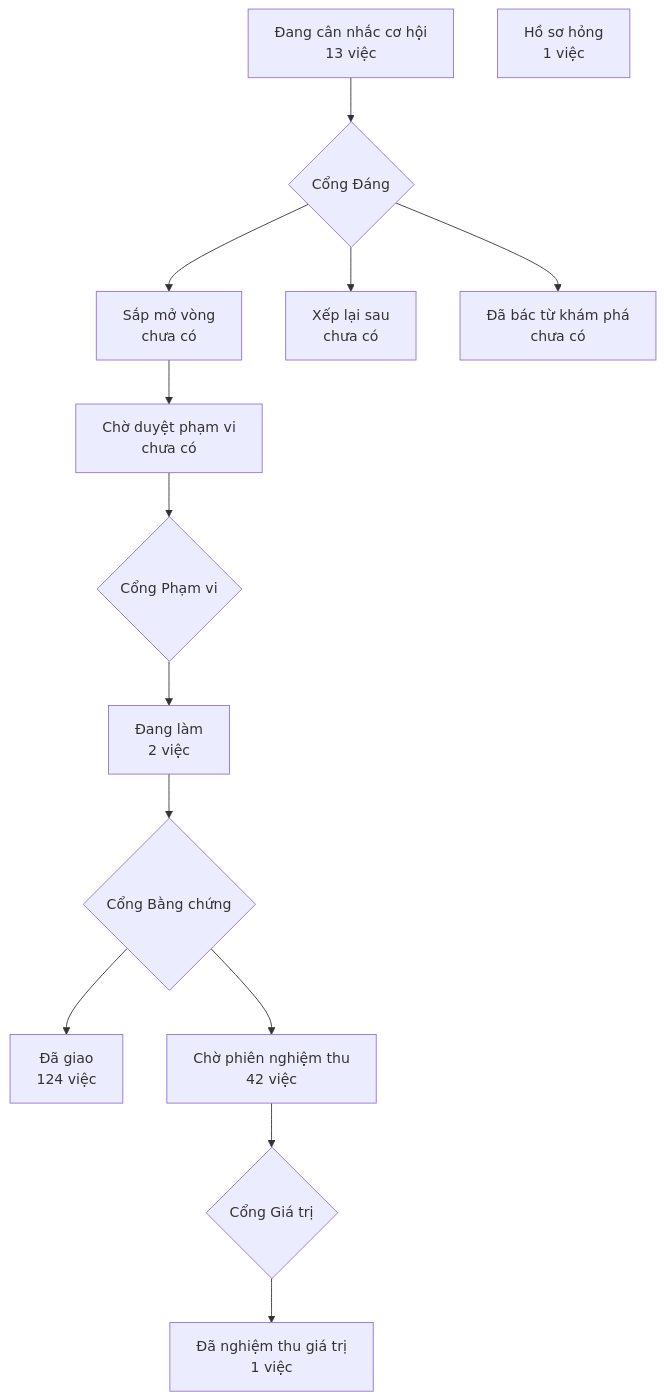
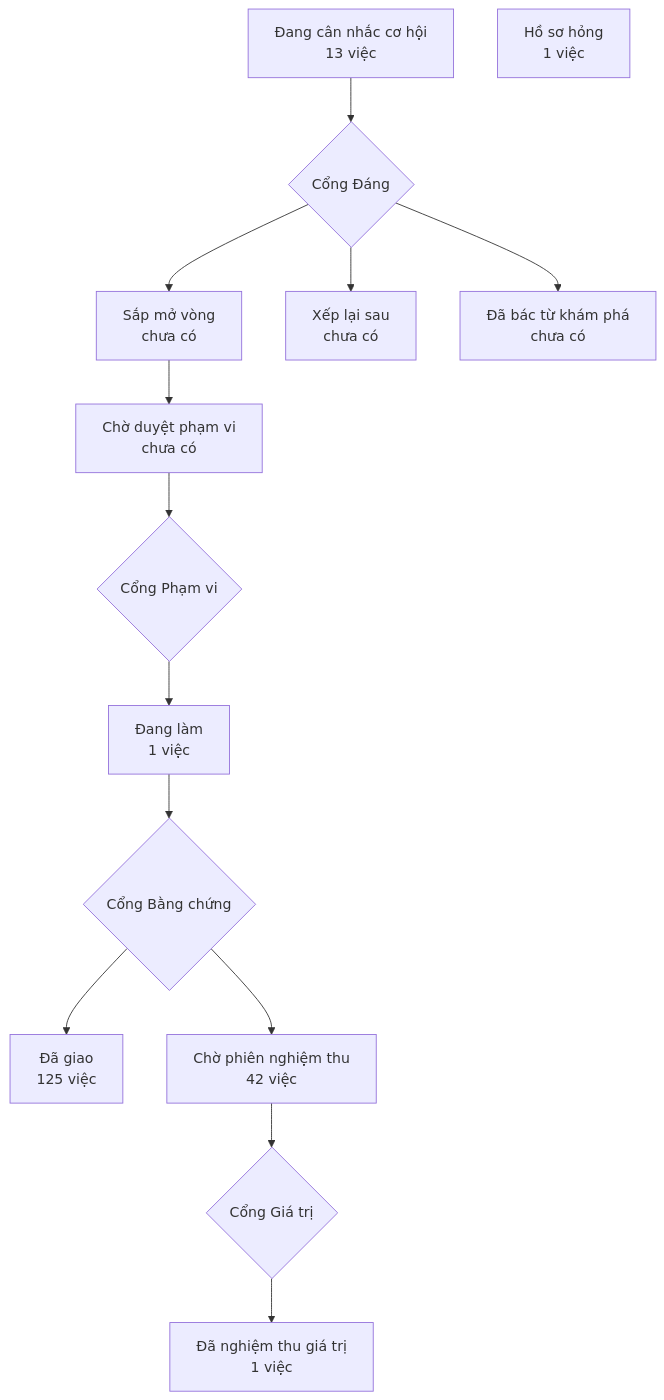
Before and after one commit to phanlemanh/crm-onehub: the diagram in PRODUCT-MAP.md, drawn with Mermaid. The commit also changed 3 other files, not shown here.

````diff
--- a/PRODUCT-MAP.md
+++ b/PRODUCT-MAP.md
@@ -7,13 +7,13 @@
 ```mermaid
 flowchart TD
   A["Đang cân nhắc cơ hội<br/>13 việc"] --> GD{"Cổng Đáng"}
   GD --> B["Sắp mở vòng<br/>chưa có"]
   GD --> XL["Xếp lại sau<br/>chưa có"]
   GD --> DB["Đã bác từ khám phá<br/>chưa có"]
   B --> CD["Chờ duyệt phạm vi<br/>chưa có"] --> GP{"Cổng Phạm vi"}
-  GP --> DL["Đang làm<br/>2 việc"] --> GB{"Cổng Bằng chứng"}
-  GB --> DG["Đã giao<br/>124 việc"]
+  GP --> DL["Đang làm<br/>1 việc"] --> GB{"Cổng Bằng chứng"}
+  GB --> DG["Đã giao<br/>125 việc"]
   GB --> CN["Chờ phiên nghiệm thu<br/>42 việc"] --> GG{"Cổng Giá trị"}
   GG --> NT["Đã nghiệm thu giá trị<br/>1 việc"]
   HS["Hồ sơ hỏng<br/>1 việc"]
 ```
````
